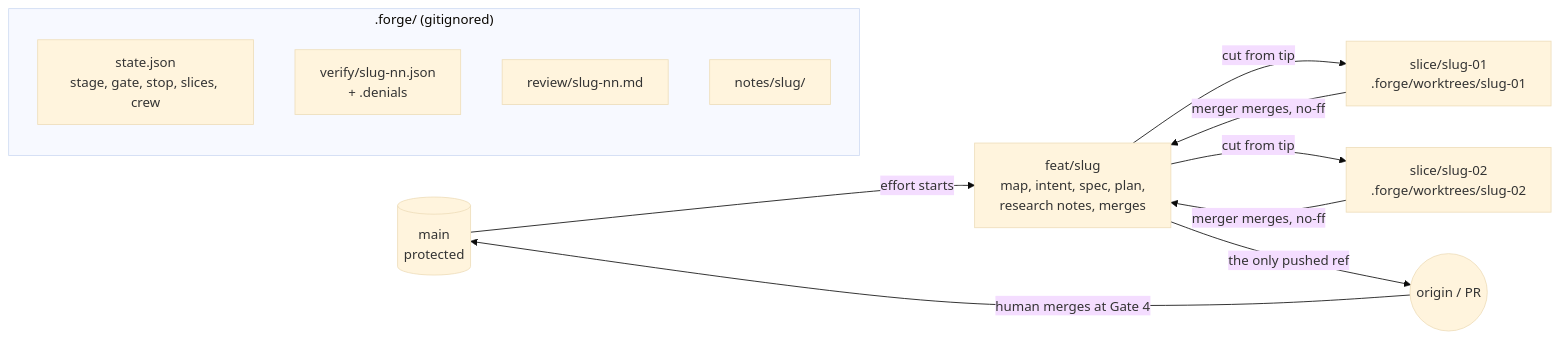
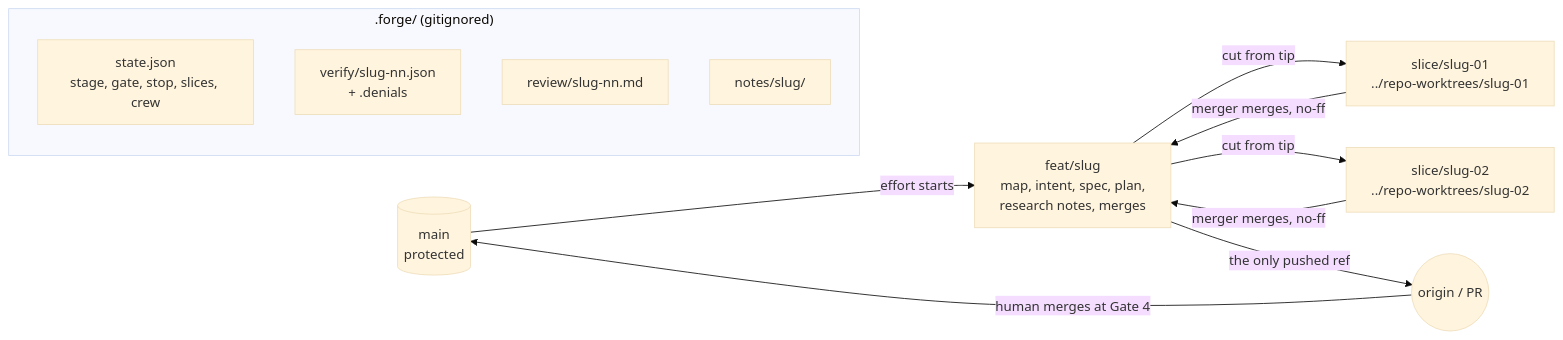
One commit to bogdanmosica/forge-sdlc changed the fifth of 6 diagrams in docs/how-it-works.md. Above: the diagram before and after it, drawn with Mermaid (base theme). The commit also changed 4 other files, not shown here.

Commit message:
docs: slice worktrees beside the repository, their host through git, install instead of dependency_dir

````diff
--- a/docs/how-it-works.md
+++ b/docs/how-it-works.md
@@ -147,17 +147,17 @@
 ```mermaid
 flowchart LR
     main[("main<br/>protected")] -->|effort starts| feat["feat/slug<br/>map, intent, spec, plan,<br/>research notes, merges"]
-    feat -->|cut from tip| s1["slice/slug-01<br/>.forge/worktrees/slug-01"]
-    feat -->|cut from tip| s2["slice/slug-02<br/>.forge/worktrees/slug-02"]
+    feat -->|cut from tip| s1["slice/slug-01<br/>../repo-worktrees/slug-01"]
+    feat -->|cut from tip| s2["slice/slug-02<br/>../repo-worktrees/slug-02"]
     s1 -->|merger merges, no-ff| feat
     s2 -->|merger merges, no-ff| feat
     feat -->|the only pushed ref| origin(("origin / PR"))
     origin -->|human merges at Gate 4| main
 
     subgraph local[".forge/ (gitignored)"]
         state["state.json<br/>stage, gate, stop, slices, crew"]
         verify["verify/slug-nn.json<br/>+ .denials"]
         review["review/slug-nn.md"]
         notes["notes/slug/"]
     end
 ```
````
